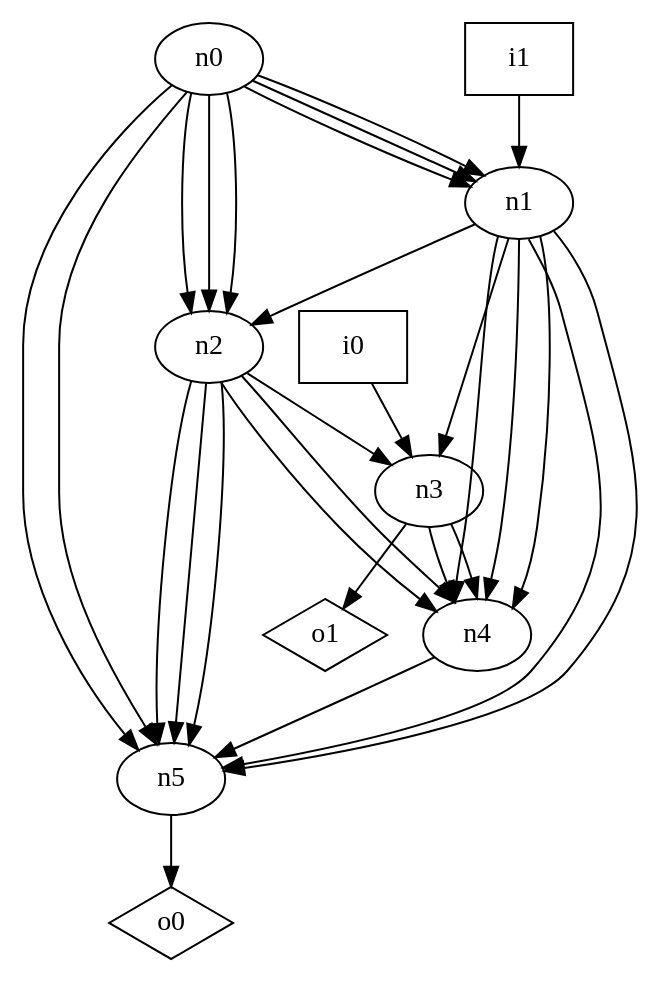
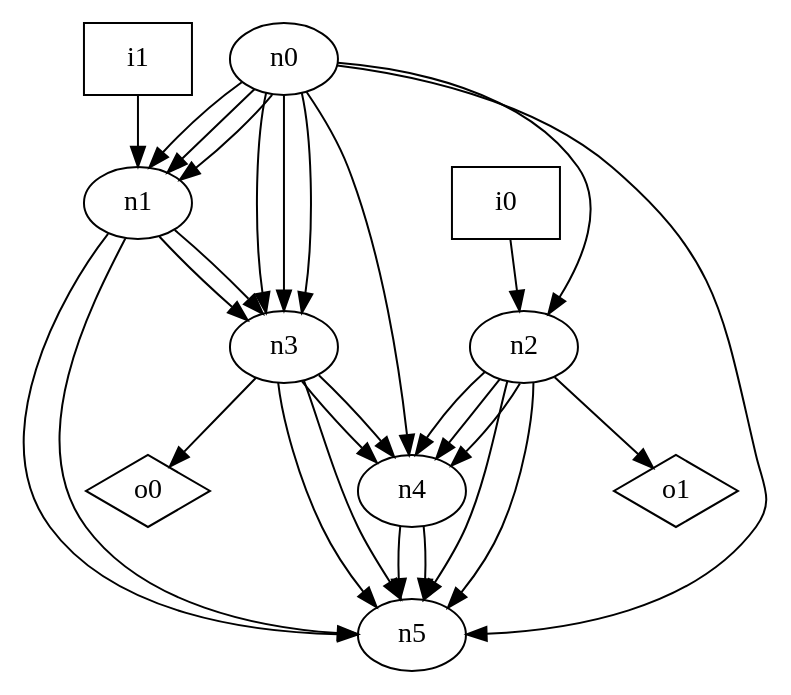
Before and after one commit to p9romain/bool-circuits: the diagram in dot_files/random_graph/DAG_loop_free_graph.dot, drawn with Graphviz. The commit also changed 84 other files, not shown here.

```diff
--- a/dot_files/random_graph/DAG_loop_free_graph.dot
+++ b/dot_files/random_graph/DAG_loop_free_graph.dot
@@ -1,40 +1,40 @@
 digraph G {
 n0 [label="n0"];
 n1 [label="n1"];
 n2 [label="n2"];
 n3 [label="n3"];
 n4 [label="n4"];
 n5 [label="n5"];
 n6 [label="i0",shape="box"];
 n7 [label="i1",shape="box"];
 n8 [label="o0",shape="diamond"];
 n9 [label="o1",shape="diamond"];
 n0 -> n1
 n0 -> n1
 n0 -> n1
 n0 -> n2
-n0 -> n2
-n0 -> n2
+n0 -> n3
+n0 -> n3
+n0 -> n3
+n0 -> n4
 n0 -> n5
-n0 -> n5
-n1 -> n2
 n1 -> n3
-n1 -> n4
-n1 -> n4
-n1 -> n4
+n1 -> n3
 n1 -> n5
 n1 -> n5
-n2 -> n3
+n2 -> n4
 n2 -> n4
 n2 -> n4
 n2 -> n5
 n2 -> n5
-n2 -> n5
+n2 -> n9
 n3 -> n4
 n3 -> n4
-n3 -> n9
+n3 -> n5
+n3 -> n5
+n3 -> n8
 n4 -> n5
-n5 -> n8
-n6 -> n3
+n4 -> n5
+n6 -> n2
 n7 -> n1
 }
```
